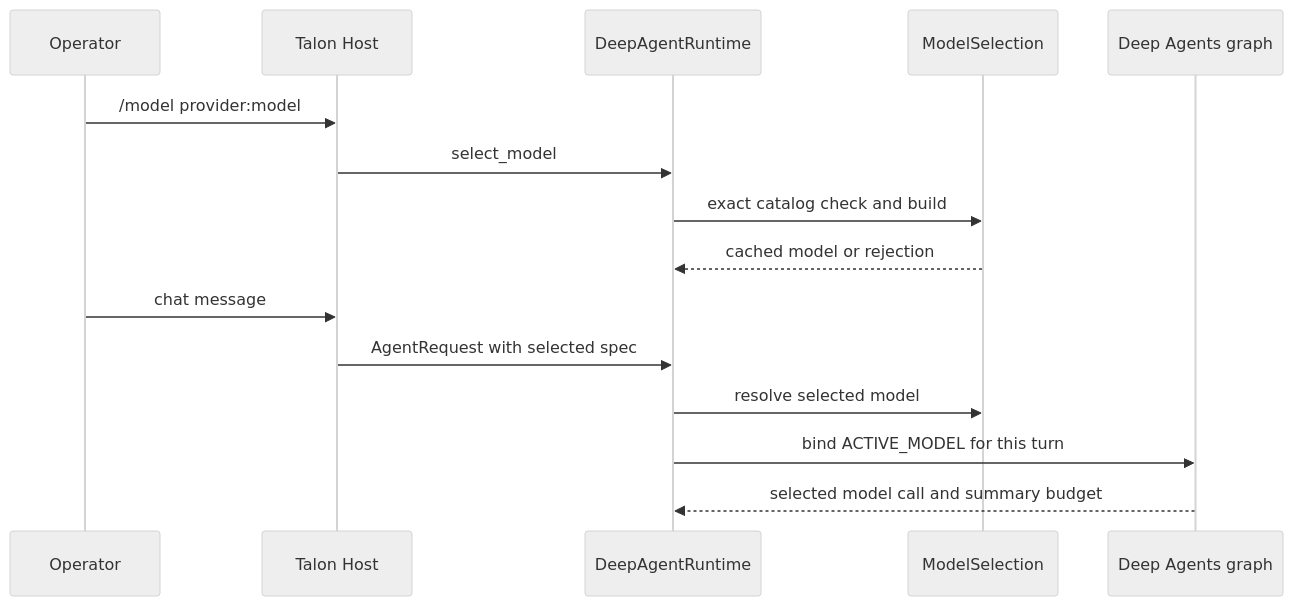
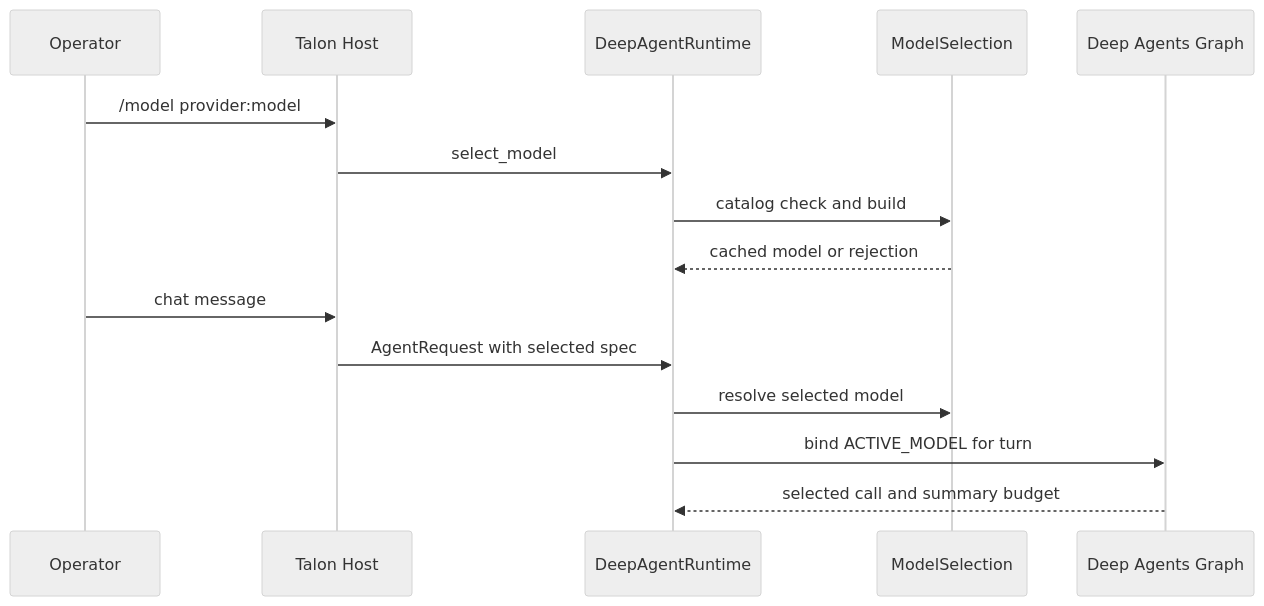
One commit to langchain-ai/deepagents changed the fourth of 4 diagrams in openwiki/concepts/profiles-models.md. Above: the diagram before and after it, drawn with Mermaid (neutral theme). The commit also changed other lines of this file and 34 other files, not shown here.

````diff
--- a/openwiki/concepts/profiles-models.md
+++ b/openwiki/concepts/profiles-models.md
@@ -124,17 +156,17 @@
 ```mermaid
 sequenceDiagram
     participant Operator
     participant Host as Talon Host
     participant Runtime as DeepAgentRuntime
     participant Selector as ModelSelection
-    participant Graph as Deep Agents graph
+    participant Graph as Deep Agents Graph
     Operator->>Host: /model provider:model
     Host->>Runtime: select_model
-    Runtime->>Selector: exact catalog check and build
+    Runtime->>Selector: catalog check and build
     Selector-->>Runtime: cached model or rejection
     Operator->>Host: chat message
     Host->>Runtime: AgentRequest with selected spec
     Runtime->>Selector: resolve selected model
-    Runtime->>Graph: bind ACTIVE_MODEL for this turn
-    Graph-->>Runtime: selected model call and summary budget
+    Runtime->>Graph: bind ACTIVE_MODEL for turn
+    Graph-->>Runtime: selected call and summary budget
 ```
````
